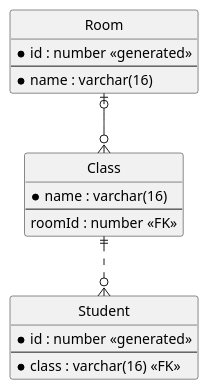
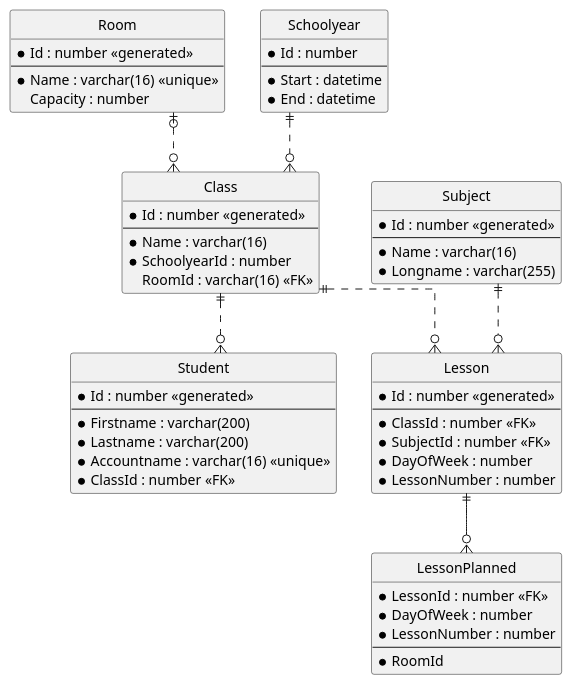
The diagram in 02_Modellierung/demo.md (schletz/Dbi1Sem), drawn with PlantUML before and after one commit. The commit also changed other lines of this file and 1 other file, not shown here.

````diff
--- a/02_Modellierung/demo.md
+++ b/02_Modellierung/demo.md
@@ -3,32 +18,73 @@
 ```plantuml
 @startuml
 ' hide the spot
 hide circle
-
 ' avoid problems with angled crows feet
 skinparam linetype ortho
 
 entity Room {
-    *id : number <<generated>>
+    *Id : number <<generated>>
     ---
-    *name : varchar(16)
+    *Name : varchar(16) <<unique>>
+    Capacity : number
+}
+
+entity Schoolyear {
+    *Id : number
+    ---
+    *Start : datetime
+    *End : datetime
 }
 
 entity Class {
-    *name : varchar(16)
+    *Id : number <<generated>>
     ---
-    roomId : number <<FK>>
+    *Name : varchar(16)
+    *SchoolyearId : number
+    RoomId : varchar(16) <<FK>>
 }
-Room |o--o{ Class
+Schoolyear ||..o{ Class
+Room |o..o{ Class
+
+entity Subject {
+    *Id : number <<generated>>
+    ---
+    *Name : varchar(16)
+    *Longname : varchar(255)
+}
+
 
 entity Student {
-    *id : number <<generated>>
+    *Id : number <<generated>>
     ---
-    *class : varchar(16) <<FK>>
+    *Firstname : varchar(200)
+    *Lastname : varchar(200)
+    *Accountname : varchar(16) <<unique>>
+    *ClassId : number <<FK>>
 }
 
 Class ||..o{ Student
 
+entity Lesson {
+    *Id : number <<generated>>
+    ---
+    *ClassId : number <<FK>>
+    *SubjectId : number <<FK>>
+    *DayOfWeek : number
+    *LessonNumber : number
+}
+
+Class ||..o{ Lesson
+Subject ||..o{ Lesson
+
+entity LessonPlanned {
+    *LessonId : number <<FK>>
+    *DayOfWeek : number
+    *LessonNumber : number
+    ---
+    *RoomId
+}
+Lesson ||--o{ LessonPlanned
+
 @enduml
-
 ```
````
